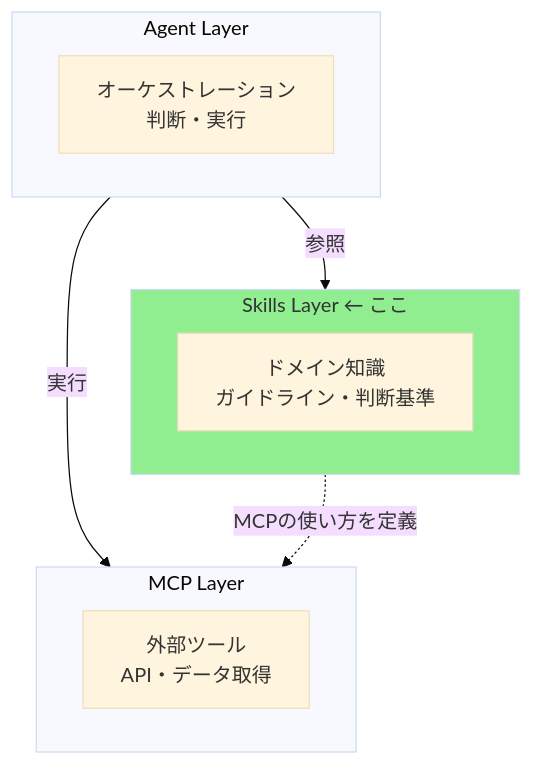
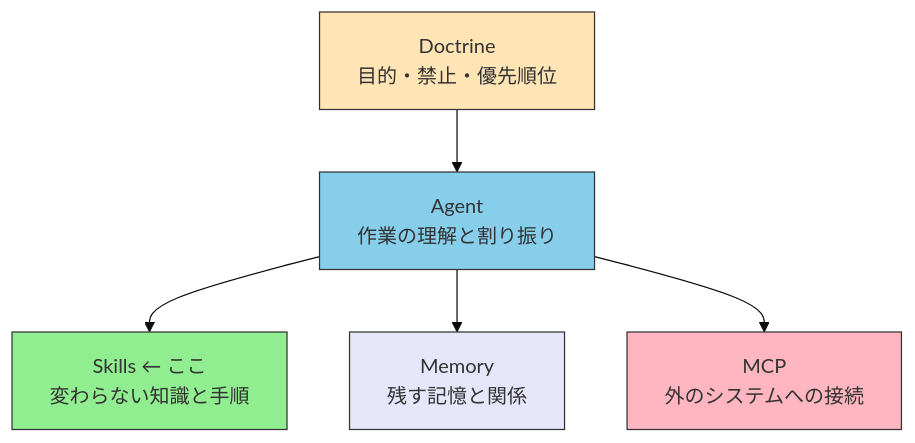
The first of 3 diagrams in docs/ja/skills/creating-skills.md (shuji-bonji/ai-agent-architecture), drawn with Mermaid (base theme) before and after one commit. The commit also changed other lines of this file and 27 other files, not shown here.

````diff
--- a/docs/ja/skills/creating-skills.md
+++ b/docs/ja/skills/creating-skills.md
@@ -13,21 +15,19 @@
 ```mermaid
-graph TB
-    subgraph Agent["Agent Layer"]
-        A[オーケストレーション<br/>判断・実行]
-    end
+flowchart TB
+    DOCTRINE["Doctrine<br/>目的・禁止・優先順位"]
+    AGENT["Agent<br/>作業の理解と割り振り"]
+    SKILLS["Skills ← ここ<br/>変わらない知識と手順"]
+    MEMORY["Memory<br/>残す記憶と関係"]
+    MCP["MCP<br/>外のシステムへの接続"]
 
-    subgraph Skills["Skills Layer ← ここ"]
-        S[ドメイン知識<br/>ガイドライン・判断基準]
-    end
+    DOCTRINE --> AGENT
+    AGENT --> SKILLS
+    AGENT --> MEMORY
+    AGENT --> MCP
 
-    subgraph MCP["MCP Layer"]
-        M[外部ツール<br/>API・データ取得]
-    end
-
-    Agent -->|"参照"| Skills
-    Agent -->|"実行"| MCP
-    Skills -.->|"MCPの使い方を定義"| MCP
-
-    style Skills fill:#90EE90,color:#333
-
+    style DOCTRINE fill:#FFE4B5,color:#333,stroke:#333
+    style AGENT fill:#87CEEB,color:#333,stroke:#333
+    style SKILLS fill:#90EE90,color:#333,stroke:#333
+    style MEMORY fill:#E6E6FA,color:#333,stroke:#333
+    style MCP fill:#FFB6C1,color:#333,stroke:#333
 ```
````
